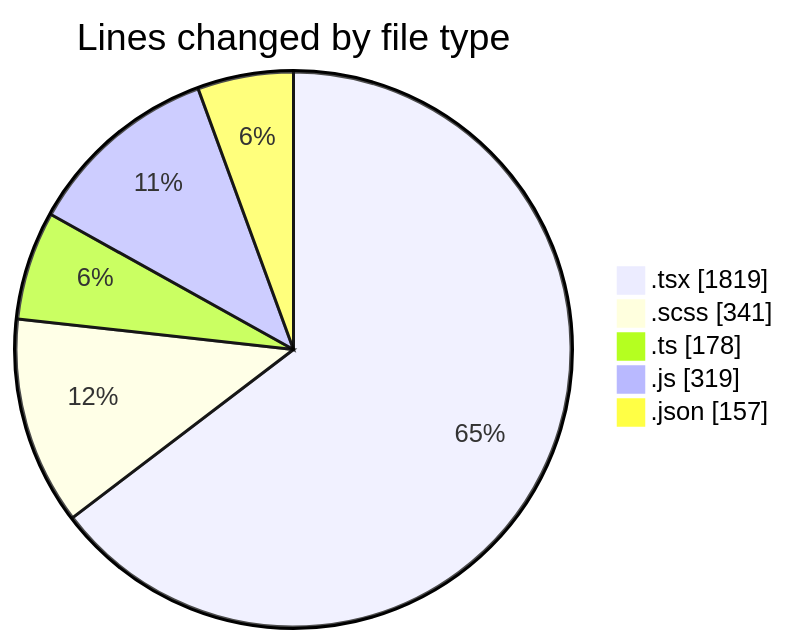
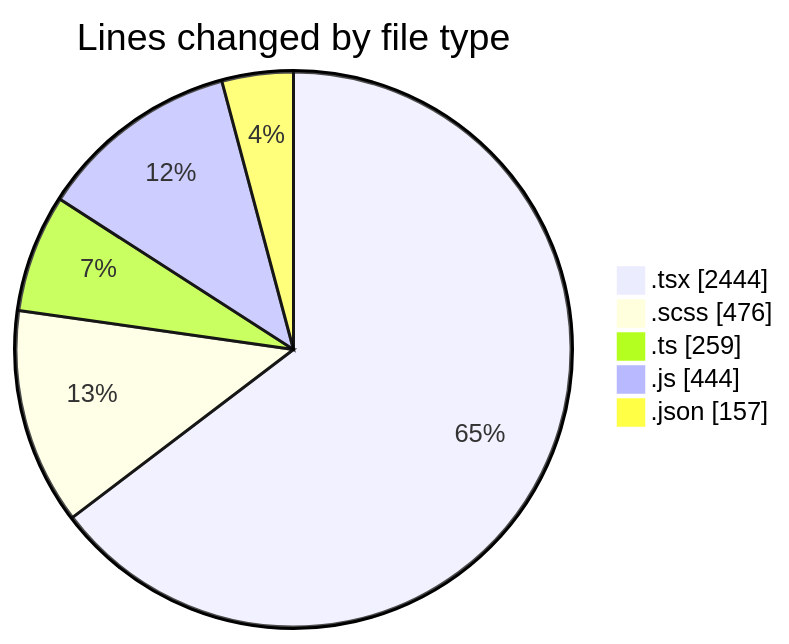
The first of 2 diagrams in 2026-04-23/cda/README.md (momahboobian/code-tracking), drawn with Mermaid before and after one commit. The commit also changed other lines of this file and 1 other file, not shown here.

````diff
--- a/2026-04-23/cda/README.md
+++ b/2026-04-23/cda/README.md
@@ -38,9 +38,9 @@
 ```mermaid
 pie showData
 title Lines changed by file type
-".tsx" : 1819
-".scss" : 341
-".ts" : 178
-".js" : 319
+".tsx" : 2444
+".scss" : 476
+".ts" : 259
+".js" : 444
 ".json" : 157
 ```
````
